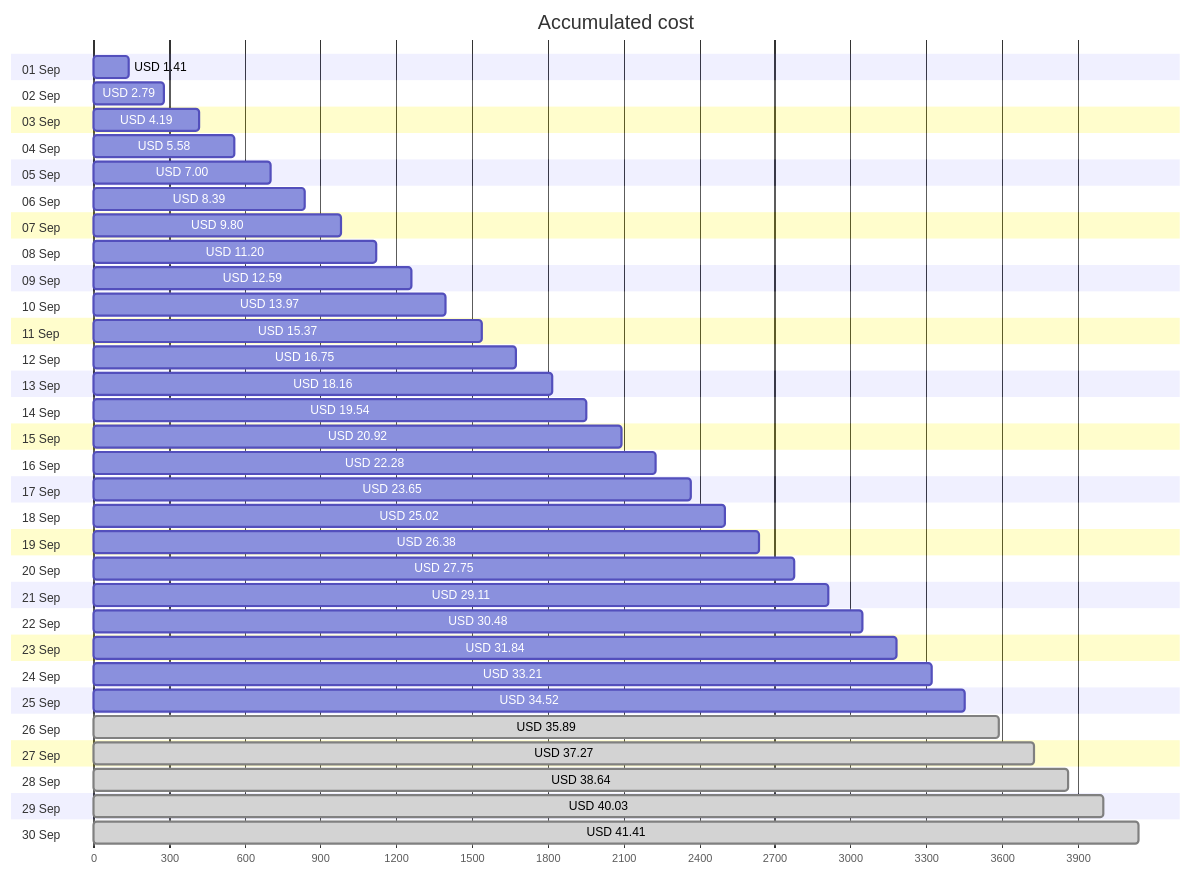
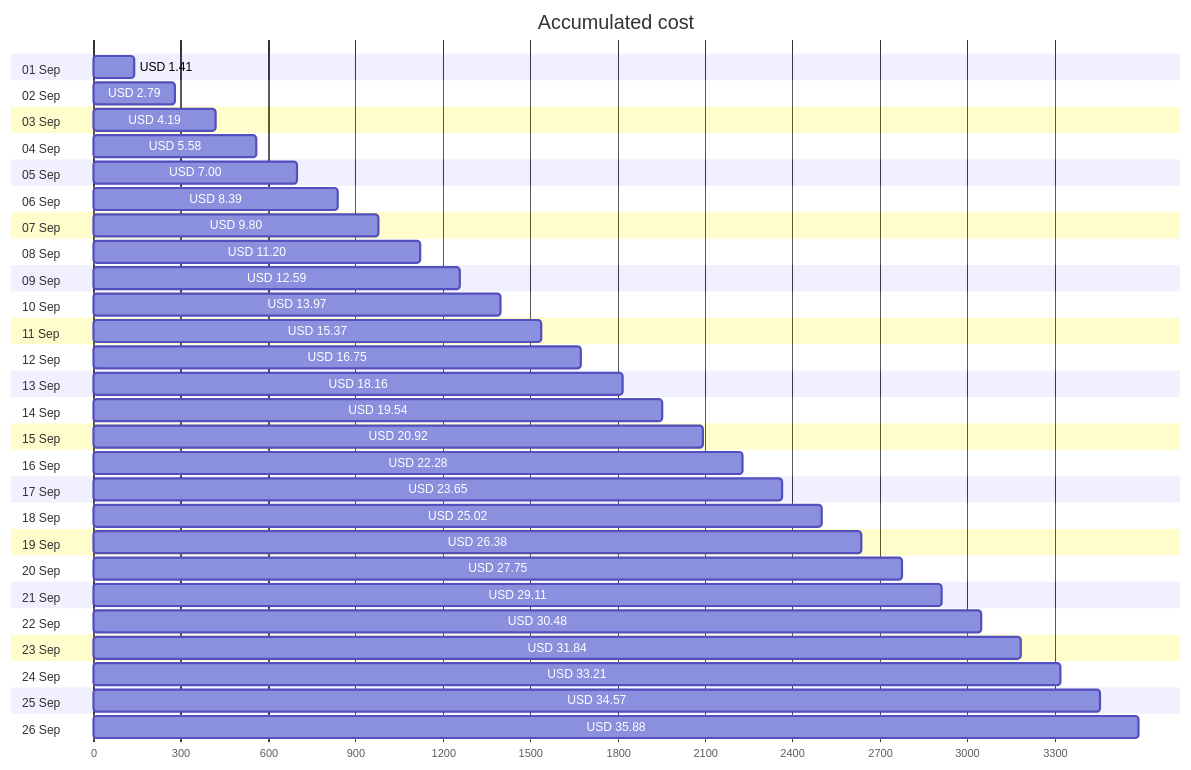
One commit to jpfulton/azure-personal-reports changed the first of 4 diagrams in cost-reports/personal-network/backup-data-disk.md. Above: the diagram before and after it, drawn with Mermaid. The commit also changed other lines of this file and 9 other files, not shown here.

````diff
--- a/cost-reports/personal-network/backup-data-disk.md
+++ b/cost-reports/personal-network/backup-data-disk.md
@@ -20,66 +20,58 @@
 ```mermaid
 gantt
    title Accumulated cost
    dateFormat  X
    axisFormat %s
    section 01 Sep
    USD 1.41 :0, 141
    section 02 Sep
    USD 2.79 :0, 279
    section 03 Sep
    USD 4.19 :0, 419
    section 04 Sep
    USD 5.58 :0, 558
    section 05 Sep
    USD 7.00 :0, 700
    section 06 Sep
    USD 8.39 :0, 839
    section 07 Sep
    USD 9.80 :0, 980
    section 08 Sep
    USD 11.20 :0, 1120
    section 09 Sep
    USD 12.59 :0, 1259
    section 10 Sep
    USD 13.97 :0, 1397
    section 11 Sep
    USD 15.37 :0, 1537
    section 12 Sep
    USD 16.75 :0, 1675
    section 13 Sep
    USD 18.16 :0, 1816
    section 14 Sep
    USD 19.54 :0, 1954
    section 15 Sep
    USD 20.92 :0, 2092
    section 16 Sep
    USD 22.28 :0, 2228
    section 17 Sep
    USD 23.65 :0, 2365
    section 18 Sep
    USD 25.02 :0, 2502
    section 19 Sep
    USD 26.38 :0, 2638
    section 20 Sep
    USD 27.75 :0, 2775
    section 21 Sep
    USD 29.11 :0, 2911
    section 22 Sep
    USD 30.48 :0, 3048
    section 23 Sep
    USD 31.84 :0, 3184
    section 24 Sep
    USD 33.21 :0, 3321
    section 25 Sep
-   USD 34.52 :0, 3452
+   USD 34.57 :0, 3457
    section 26 Sep
-   USD 35.89 : done, 0, 3589
-   section 27 Sep
-   USD 37.27 : done, 0, 3727
-   section 28 Sep
-   USD 38.64 : done, 0, 3864
-   section 29 Sep
-   USD 40.03 : done, 0, 4003
-   section 30 Sep
-   USD 41.41 : done, 0, 4141
+   USD 35.88 :0, 3588
 ```
````
